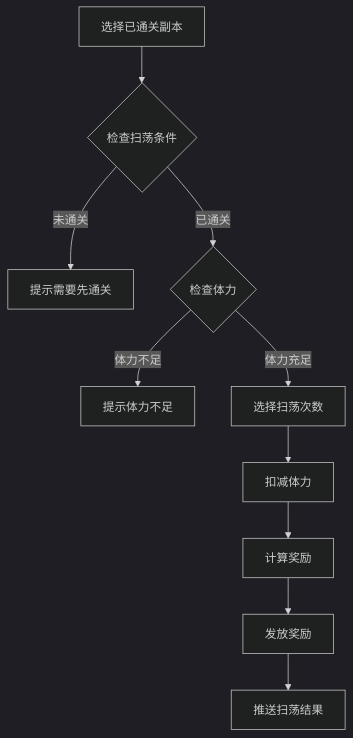
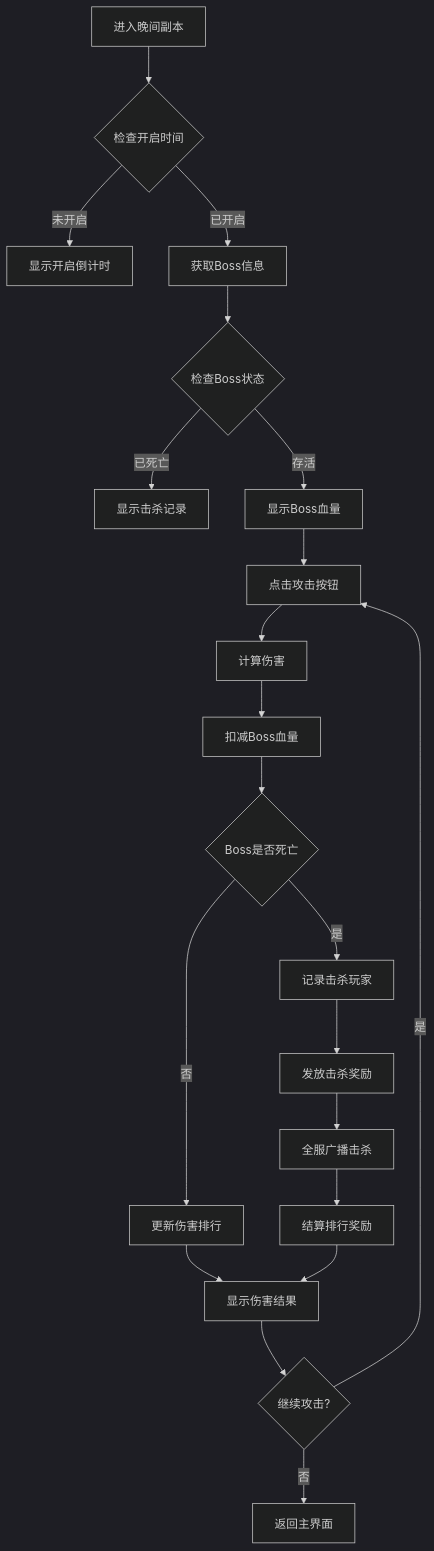
The third of 6 diagrams in docs/Module_Dungeon/05_完整说明.md (Alan-Ben/k2c_game_framework), drawn with Mermaid (dark theme) before and after one commit. The commit also changed other lines of this file and 75 other files, not shown here.

````diff
--- a/docs/Module_Dungeon/05_完整说明.md
+++ b/docs/Module_Dungeon/05_完整说明.md
@@ -108,12 +141,23 @@
 ```mermaid
 flowchart TD
-    A[选择已通关副本] --> B{检查扫荡条件}
-    B -->|未通关| C[提示需要先通关]
-    B -->|已通关| D{检查体力}
-    D -->|体力不足| E[提示体力不足]
-    D -->|体力充足| F[选择扫荡次数]
-    F --> G[扣减体力]
-    G --> H[计算奖励]
-    H --> I[发放奖励]
-    I --> J[推送扫荡结果]
+    A[进入晚间副本] --> B{检查开启时间}
+    B -->|未开启| C[显示开启倒计时]
+    B -->|已开启| D[获取Boss信息]
+    D --> E{检查Boss状态}
+    E -->|已死亡| F[显示击杀记录]
+    E -->|存活| G[显示Boss血量]
+    G --> H[点击攻击按钮]
+    H --> I[计算伤害]
+    I --> J[扣减Boss血量]
+    J --> K{Boss是否死亡}
+    K -->|是| L[记录击杀玩家]
+    L --> M[发放击杀奖励]
+    M --> N[全服广播击杀]
+    K -->|否| O[更新伤害排行]
+    N --> P[结算排行奖励]
+    O --> Q[显示伤害结果]
+    P --> Q
+    Q --> R{继续攻击?}
+    R -->|是| H
+    R -->|否| S[返回主界面]
 ```
````
